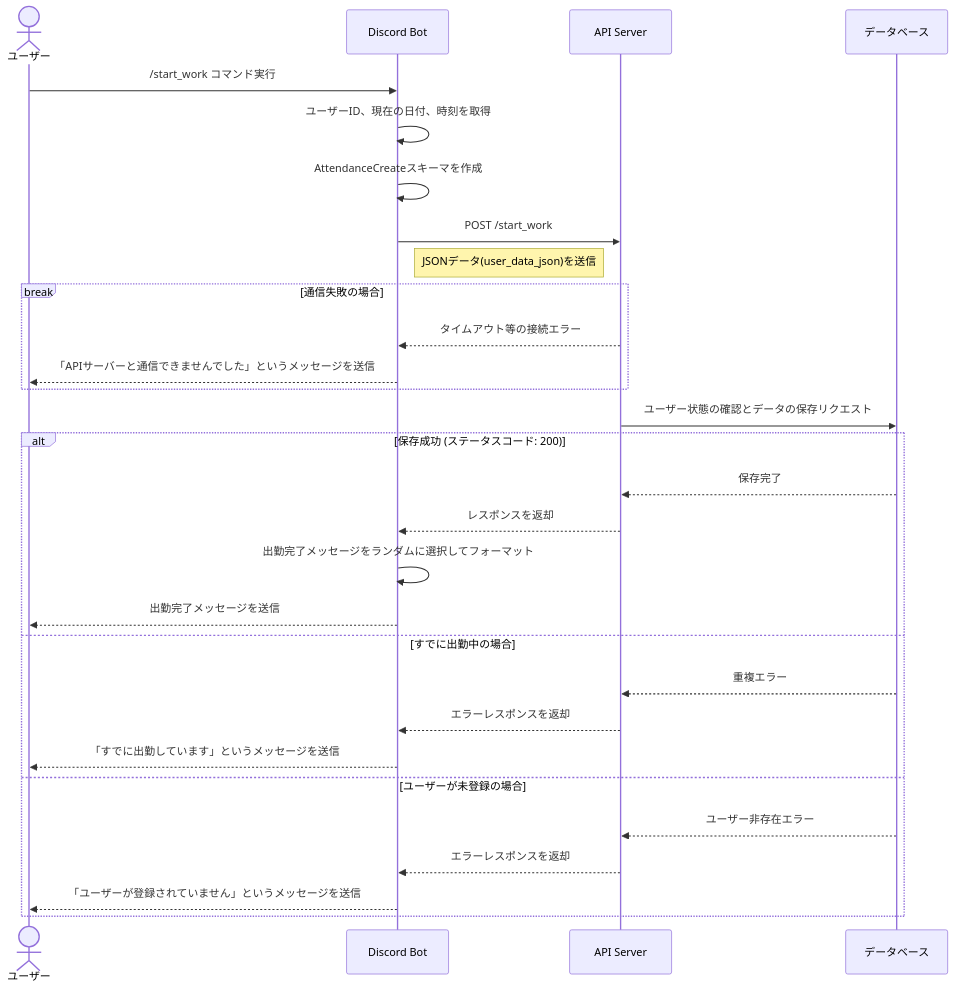
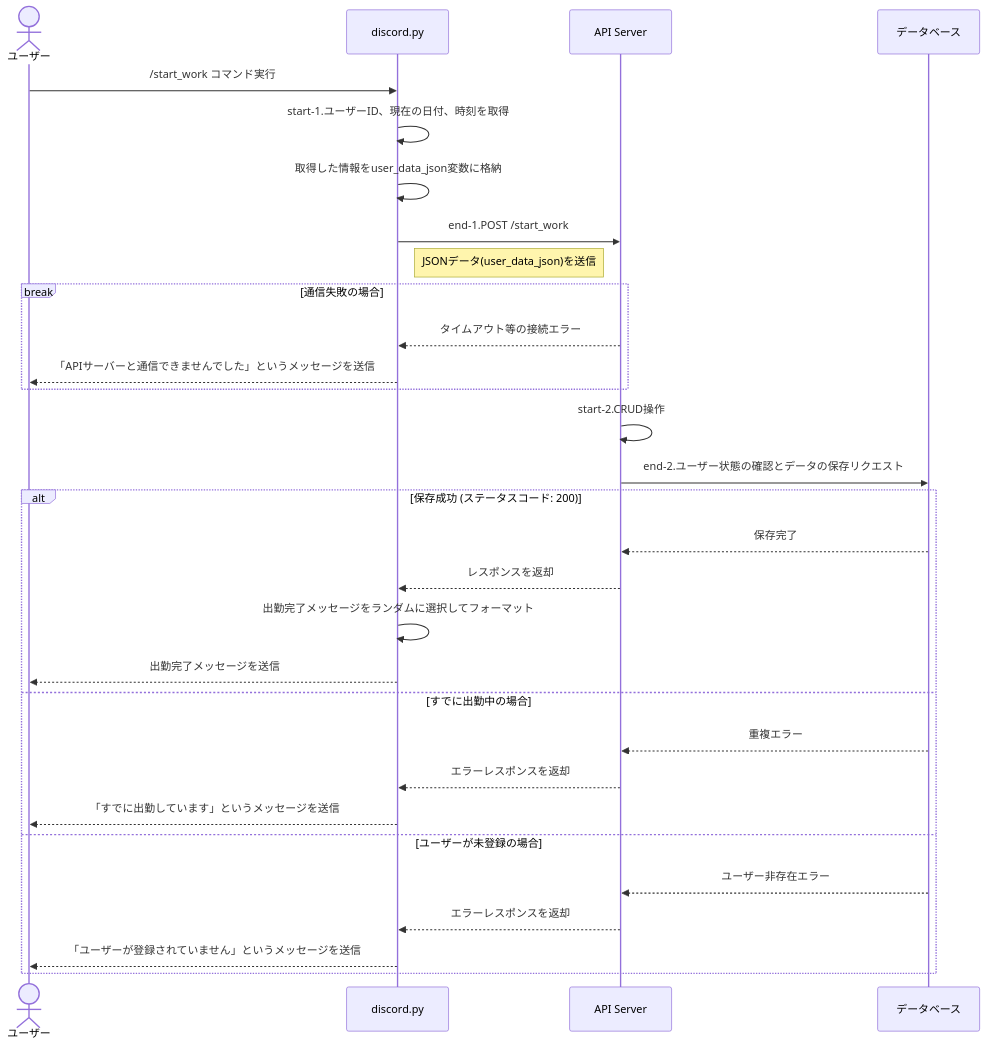
Before and after one commit to rabin0630/DiscordWorkLogger: the first of 2 diagrams in docs/start_work_sequence_diagram.md, drawn with Mermaid. The commit also changed other lines of this file, not shown here.

First line of the commit message:
docs: 例外処理の設計を明確にするため、APIリクエスト時のフローチャートとシーケンス図を修正

````diff
--- a/docs/start_work_sequence_diagram.md
+++ b/docs/start_work_sequence_diagram.md
@@ -3,35 +3,35 @@
 ```mermaid
 sequenceDiagram
     actor User as ユーザー
-    participant Bot as Discord Bot
+    participant Bot as discord.py
     participant API as API Server
     participant DB as データベース
 
     User->>Bot: /start_work コマンド実行
-    Bot->>Bot: ユーザーID、現在の日付、時刻を取得
-    Bot->>Bot: AttendanceCreateスキーマを作成
-    Bot->>API: POST /start_work
+    Bot->>Bot: start-1.ユーザーID、現在の日付、時刻を取得
+    Bot->>Bot: 取得した情報をuser_data_json変数に格納
+    Bot->>API: end-1.POST /start_work
     Note right of Bot: JSONデータ(user_data_json)を送信
 
     break 通信失敗の場合
         API-->>Bot: タイムアウト等の接続エラー
         Bot-->>User: 「APIサーバーと通信できませんでした」というメッセージを送信
     end
-
-    API->>DB: ユーザー状態の確認とデータの保存リクエスト
+    API ->>API:start-2.CRUD操作
+    API->>DB: end-2.ユーザー状態の確認とデータの保存リクエスト
 
     alt 保存成功 (ステータスコード: 200)
         DB-->>API: 保存完了
         API-->>Bot: レスポンスを返却
         Bot->>Bot: 出勤完了メッセージをランダムに選択してフォーマット
         Bot-->>User: 出勤完了メッセージを送信
     else すでに出勤中の場合
         DB-->>API: 重複エラー
         API-->>Bot: エラーレスポンスを返却
         Bot-->>User: 「すでに出勤しています」というメッセージを送信
     else ユーザーが未登録の場合
         DB-->>API: ユーザー非存在エラー
         API-->>Bot: エラーレスポンスを返却
         Bot-->>User: 「ユーザーが登録されていません」というメッセージを送信
     end
 ```
````
